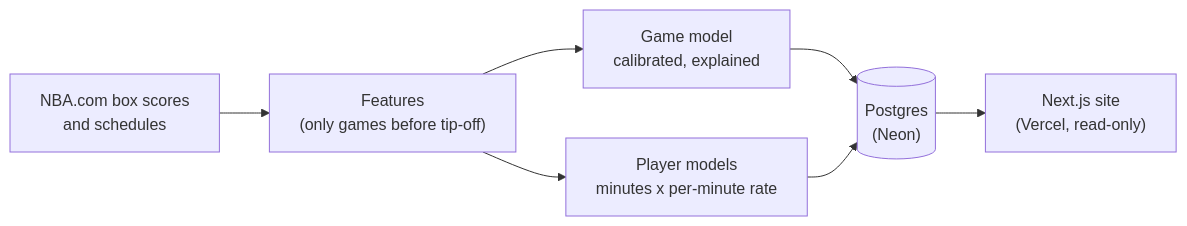
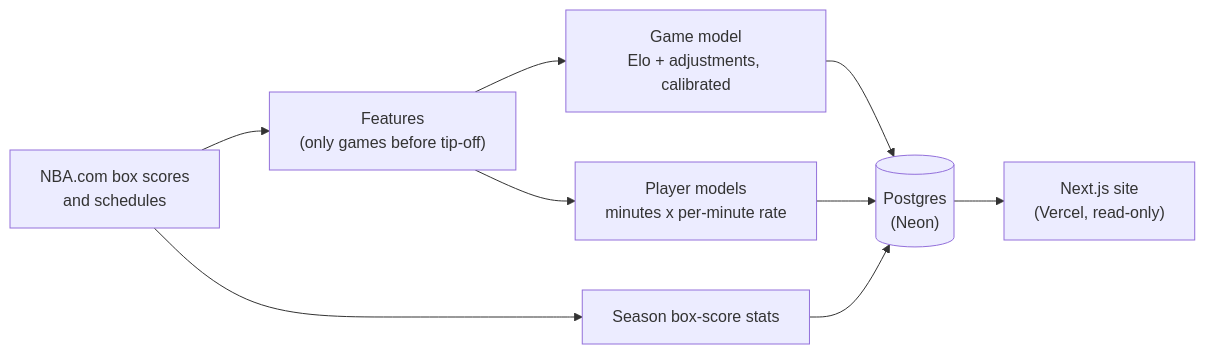
Before and after one commit to ivanx000/NBA: the diagram in README.md, drawn with Mermaid. The commit also changed other lines of this file and 13 other files, not shown here.

````diff
--- a/README.md
+++ b/README.md
@@ -52,9 +54,11 @@
 ```mermaid
 flowchart LR
   A["NBA.com box scores<br/>and schedules"] --> B["Features<br/>(only games before tip-off)"]
-  B --> C["Game model<br/>calibrated, explained"]
+  B --> C["Game model<br/>Elo + adjustments, calibrated"]
   B --> D["Player models<br/>minutes x per-minute rate"]
+  A --> S["Season box-score stats"]
   C --> E[("Postgres<br/>(Neon)")]
   D --> E
+  S --> E
   E --> F["Next.js site<br/>(Vercel, read-only)"]
 ```
````
